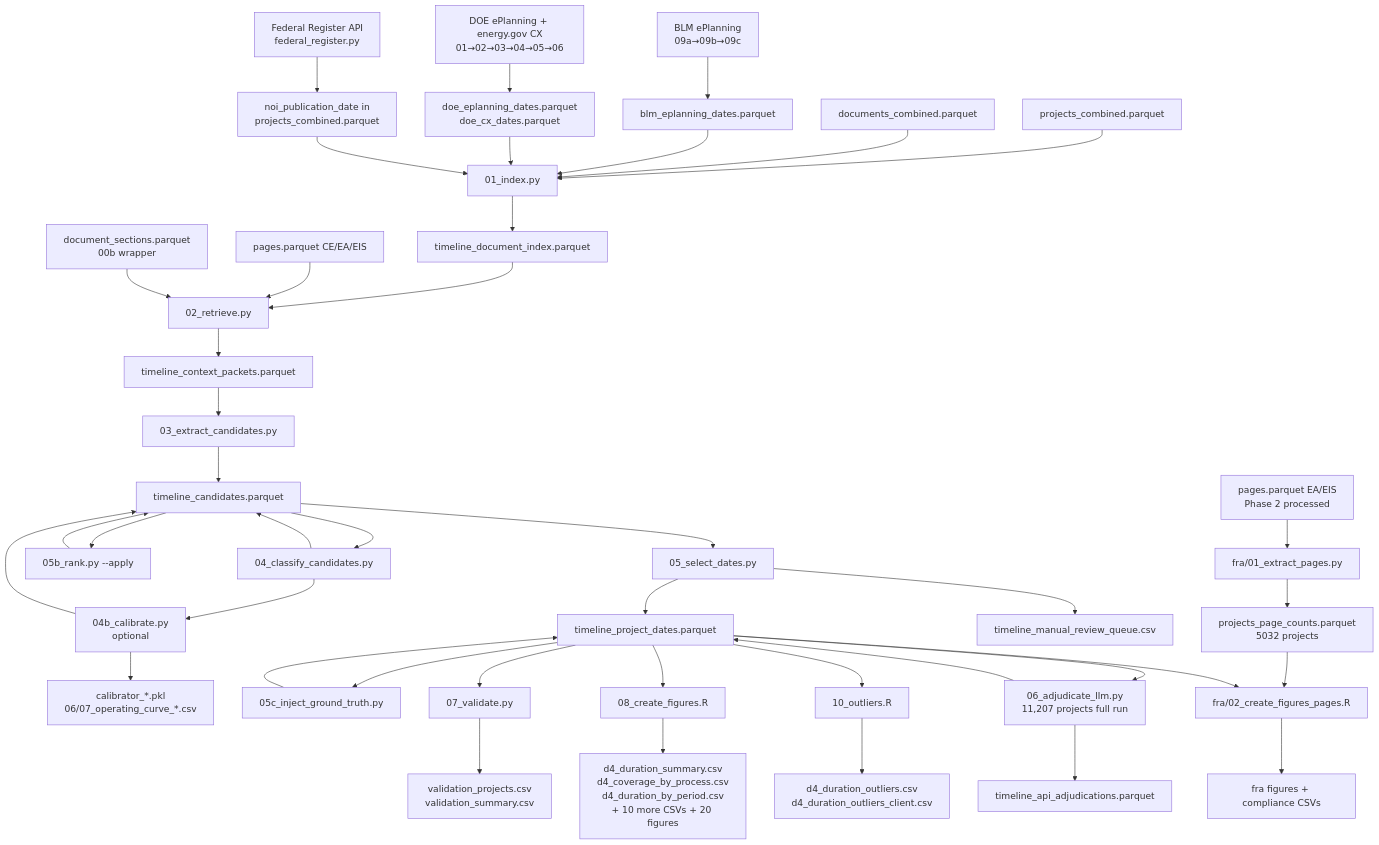
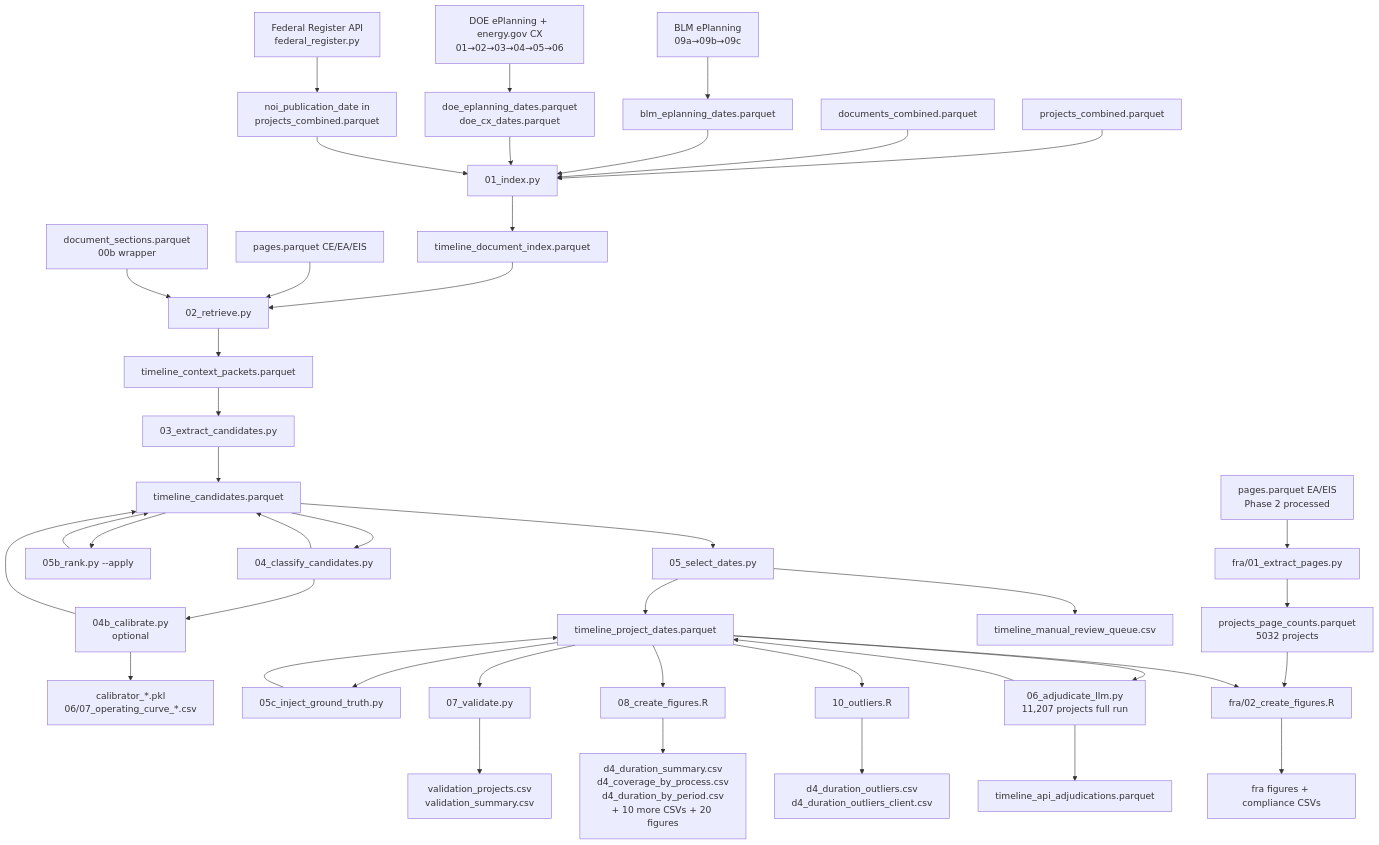
The diagram in phase2/architecture/deliverables/deliverable04.md (kaseyzapatka/nepa), drawn with Mermaid before and after one commit. The commit also changed other lines of this file and 74 other files, not shown here.

Commit message:
[phase2] add .rds sidecars to figure scripts, update refs, refresh figures

````diff
--- a/phase2/architecture/deliverables/deliverable04.md
+++ b/phase2/architecture/deliverables/deliverable04.md
@@ -77,55 +77,55 @@
 ```mermaid
 flowchart TD
     A[BLM ePlanning\n09a→09b→09c] --> B[blm_eplanning_dates.parquet]
     C[DOE ePlanning + energy.gov CX\n01→02→03→04→05→06] --> D[doe_eplanning_dates.parquet\ndoe_cx_dates.parquet]
     E[Federal Register API\nfederal_register.py] --> F[noi_publication_date in\nprojects_combined.parquet]
 
     G[projects_combined.parquet] --> H[01_index.py]
     I[documents_combined.parquet] --> H
     B --> H
     D --> H
     F --> H
     H --> J[timeline_document_index.parquet]
 
     J --> K[02_retrieve.py]
     L[pages.parquet CE/EA/EIS] --> K
     M[document_sections.parquet\n00b wrapper] --> K
     K --> N[timeline_context_packets.parquet]
 
     N --> O[03_extract_candidates.py]
     O --> P[timeline_candidates.parquet]
     P --> C4[04_classify_candidates.py]
     C4 --> P
     C4 --> C4B[04b_calibrate.py\noptional]
     C4B --> C4O[calibrator_*.pkl\n06/07_operating_curve_*.csv]
     C4B --> P
 
     P --> R5B[05b_rank.py --apply]
     R5B --> P
 
     P --> Q[05_select_dates.py]
     Q --> R[timeline_project_dates.parquet]
     Q --> S[timeline_manual_review_queue.csv]
 
     R --> GT[05c_inject_ground_truth.py]
     GT --> R
 
     R --> T[07_validate.py]
     T --> U[validation_projects.csv\nvalidation_summary.csv]
 
     R --> V[06_adjudicate_llm.py\n11,207 projects full run]
     V --> W[timeline_api_adjudications.parquet]
     V --> R
 
     R --> X[08_create_figures.R]
     X --> Y[d4_duration_summary.csv\nd4_coverage_by_process.csv\nd4_duration_by_period.csv\n+ 10 more CSVs + 20 figures]
 
     R --> OL[10_outliers.R]
     OL --> OO[d4_duration_outliers.csv\nd4_duration_outliers_client.csv]
 
     FPAGES[pages.parquet EA/EIS\nPhase 2 processed] --> FRA1[fra/01_extract_pages.py]
     FRA1 --> FRA2[projects_page_counts.parquet\n5032 projects]
-    FRA2 --> FRA3[fra/02_create_figures_pages.R]
+    FRA2 --> FRA3[fra/02_create_figures.R]
     R --> FRA3
     FRA3 --> FRA4[fra figures + compliance CSVs]
 ```
````
